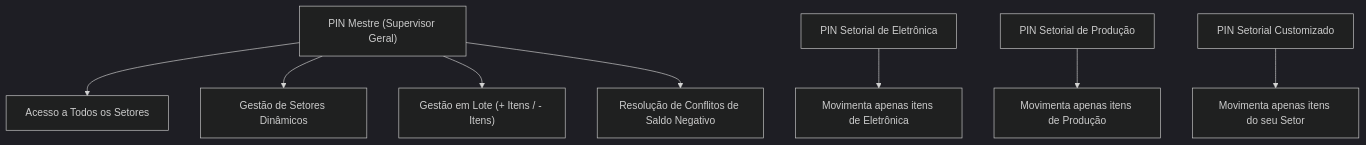
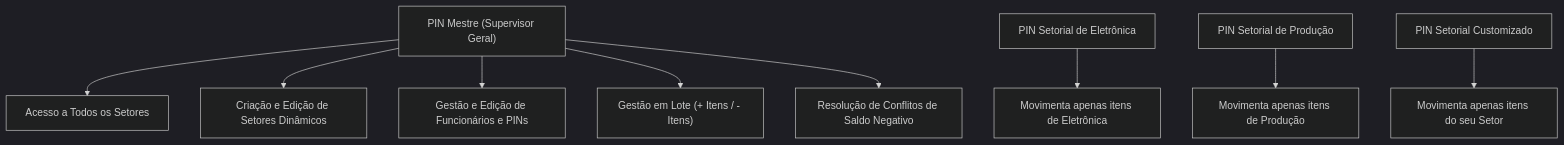
Before and after one commit to tomi-pereyra/luxpryme-stock: the diagram in README.md, drawn with Mermaid (dark theme). The commit also changed other lines of this file and 2 other files, not shown here.

````diff
--- a/README.md
+++ b/README.md
@@ -45,11 +45,12 @@
 ```mermaid
 flowchart TD
     A["PIN Mestre (Supervisor Geral)"] --> B["Acesso a Todos os Setores"]
-    A --> C["Gestão de Setores Dinâmicos"]
-    A --> D["Gestão em Lote (+ Itens / - Itens)"]
-    A --> E["Resolução de Conflitos de Saldo Negativo"]
+    A --> C["Criação e Edição de Setores Dinâmicos"]
+    A --> D["Gestão e Edição de Funcionários e PINs"]
+    A --> E["Gestão em Lote (+ Itens / - Itens)"]
+    A --> F["Resolução de Conflitos de Saldo Negativo"]
     
-    F["PIN Setorial de Eletrônica"] --> G["Movimenta apenas itens de Eletrônica"]
-    H["PIN Setorial de Produção"] --> I["Movimenta apenas itens de Produção"]
-    J["PIN Setorial Customizado"] --> K["Movimenta apenas itens do seu Setor"]
+    G["PIN Setorial de Eletrônica"] --> H["Movimenta apenas itens de Eletrônica"]
+    I["PIN Setorial de Produção"] --> J["Movimenta apenas itens de Produção"]
+    K["PIN Setorial Customizado"] --> L["Movimenta apenas itens do seu Setor"]
 ```
````
